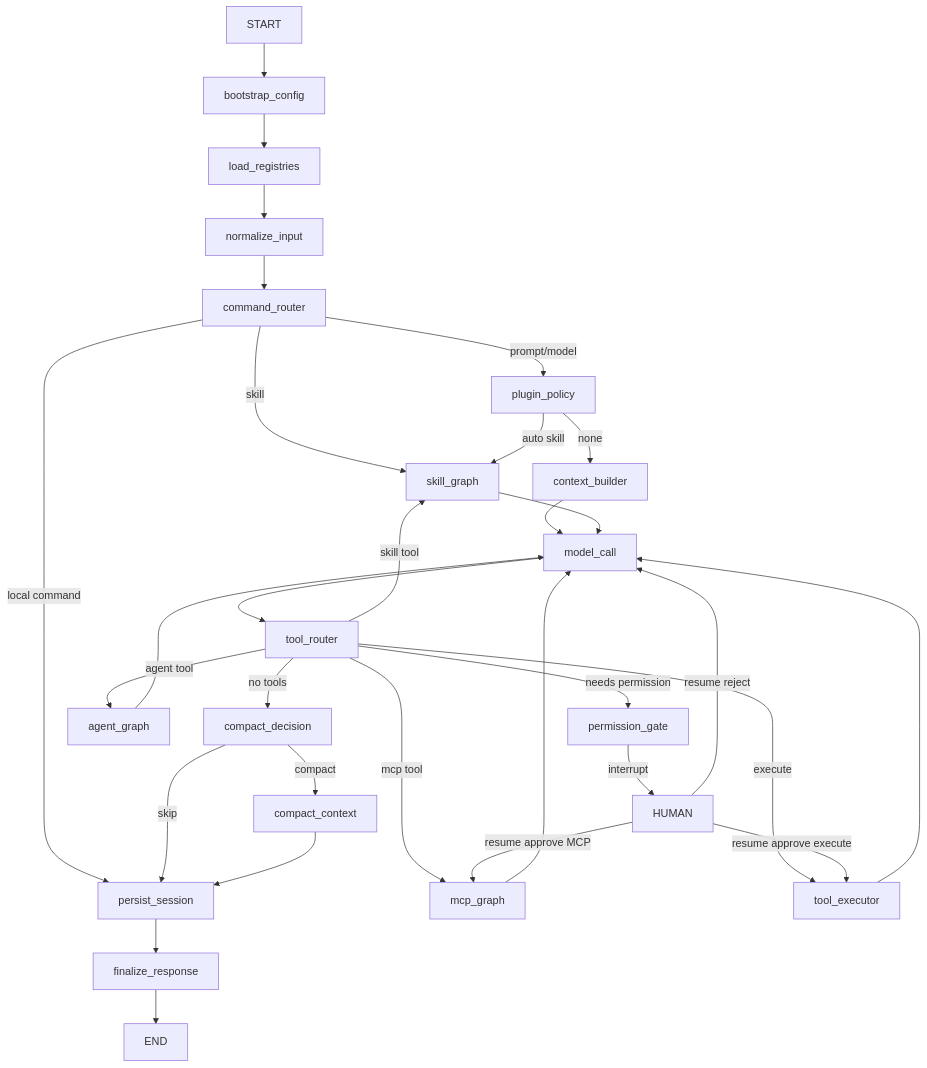
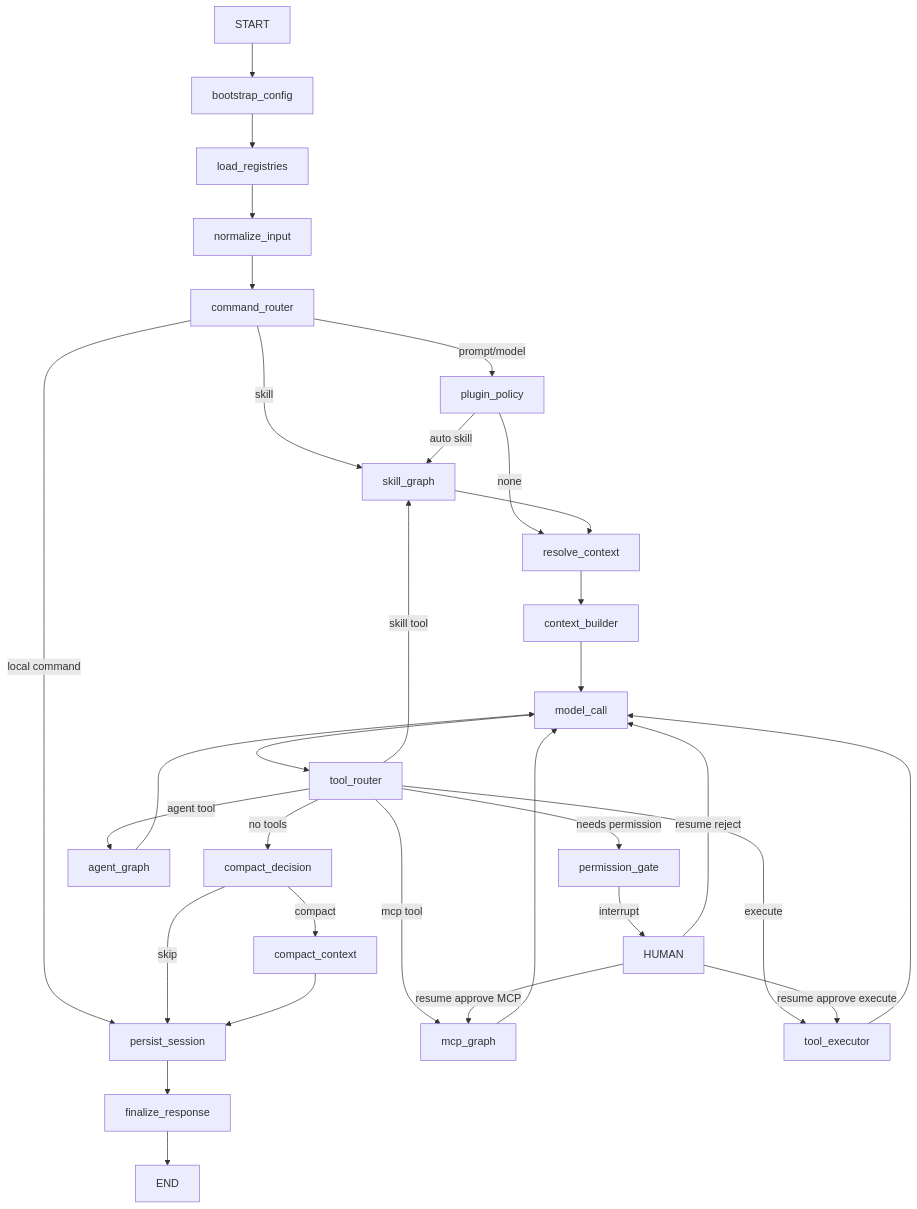
One commit to dimkablin/langraph-agent-blueprint changed the diagram in docs/GRAPH_ARCHITECTURE.md. Above: the diagram before and after it, drawn with Mermaid. The commit also changed other lines of this file and 48 other files, not shown here.

````diff
--- a/docs/GRAPH_ARCHITECTURE.md
+++ b/docs/GRAPH_ARCHITECTURE.md
@@ -7,33 +7,34 @@
 ```mermaid
 flowchart TD
     START --> bootstrap_config
     bootstrap_config --> load_registries
     load_registries --> normalize_input
     normalize_input --> command_router
     command_router -->|local command| persist_session
     command_router -->|prompt/model| plugin_policy
     command_router -->|skill| skill_graph
     plugin_policy -->|auto skill| skill_graph
-    plugin_policy -->|none| context_builder
+    plugin_policy -->|none| resolve_context
+    skill_graph --> resolve_context
+    resolve_context --> context_builder
     context_builder --> model_call
     model_call --> tool_router
     tool_router -->|no tools| compact_decision
     tool_router -->|skill tool| skill_graph
     tool_router -->|agent tool| agent_graph
     tool_router -->|mcp tool| mcp_graph
     tool_router -->|needs permission| permission_gate
     tool_router -->|execute| tool_executor
     permission_gate -->|interrupt| HUMAN
     HUMAN -->|resume approve execute| tool_executor
     HUMAN -->|resume approve MCP| mcp_graph
     HUMAN -->|resume reject| model_call
     tool_executor --> model_call
-    skill_graph --> model_call
     agent_graph --> model_call
     mcp_graph --> model_call
     compact_decision -->|compact| compact_context
     compact_decision -->|skip| persist_session
     compact_context --> persist_session
     persist_session --> finalize_response
     finalize_response --> END
 ```
````
